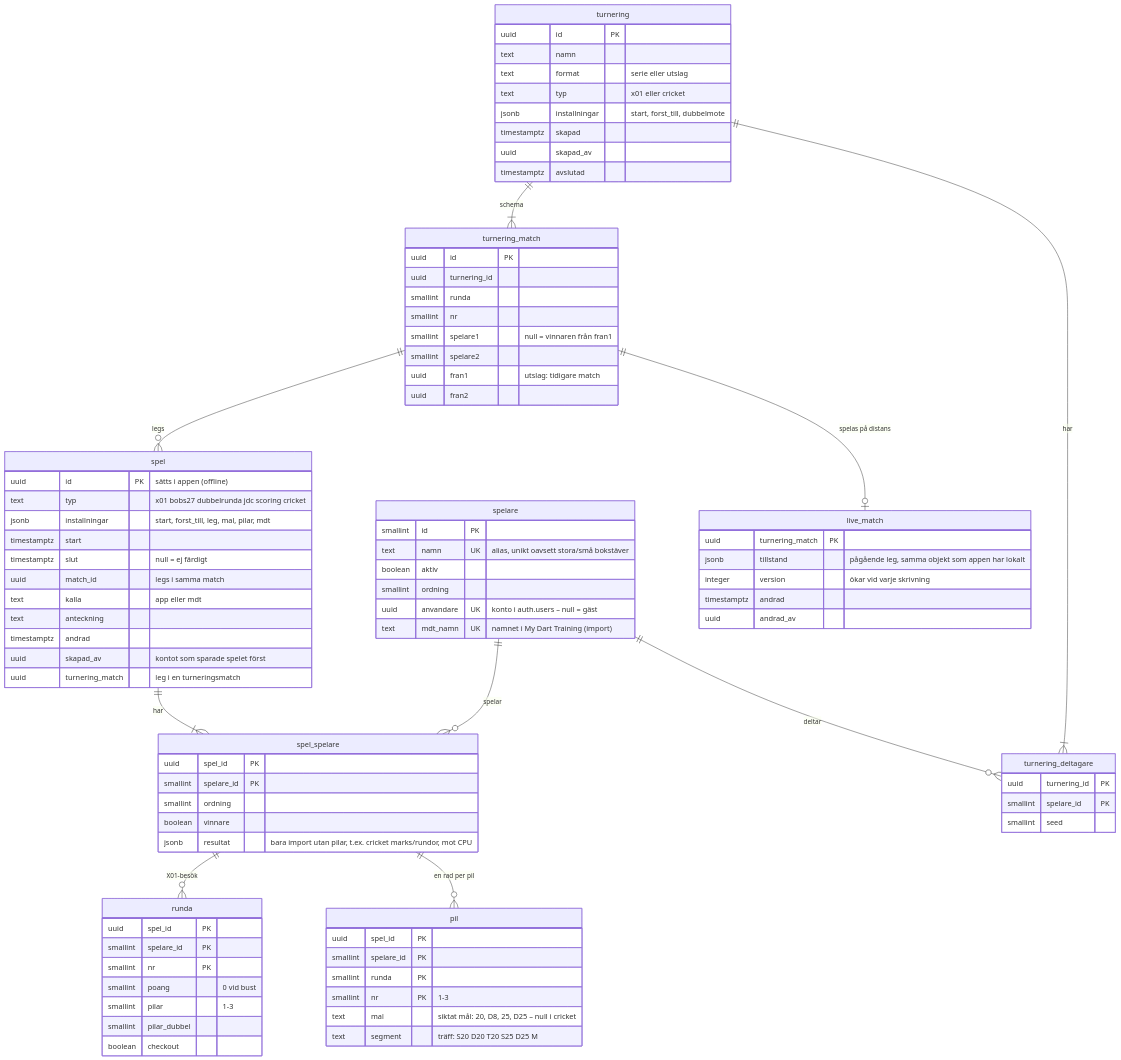
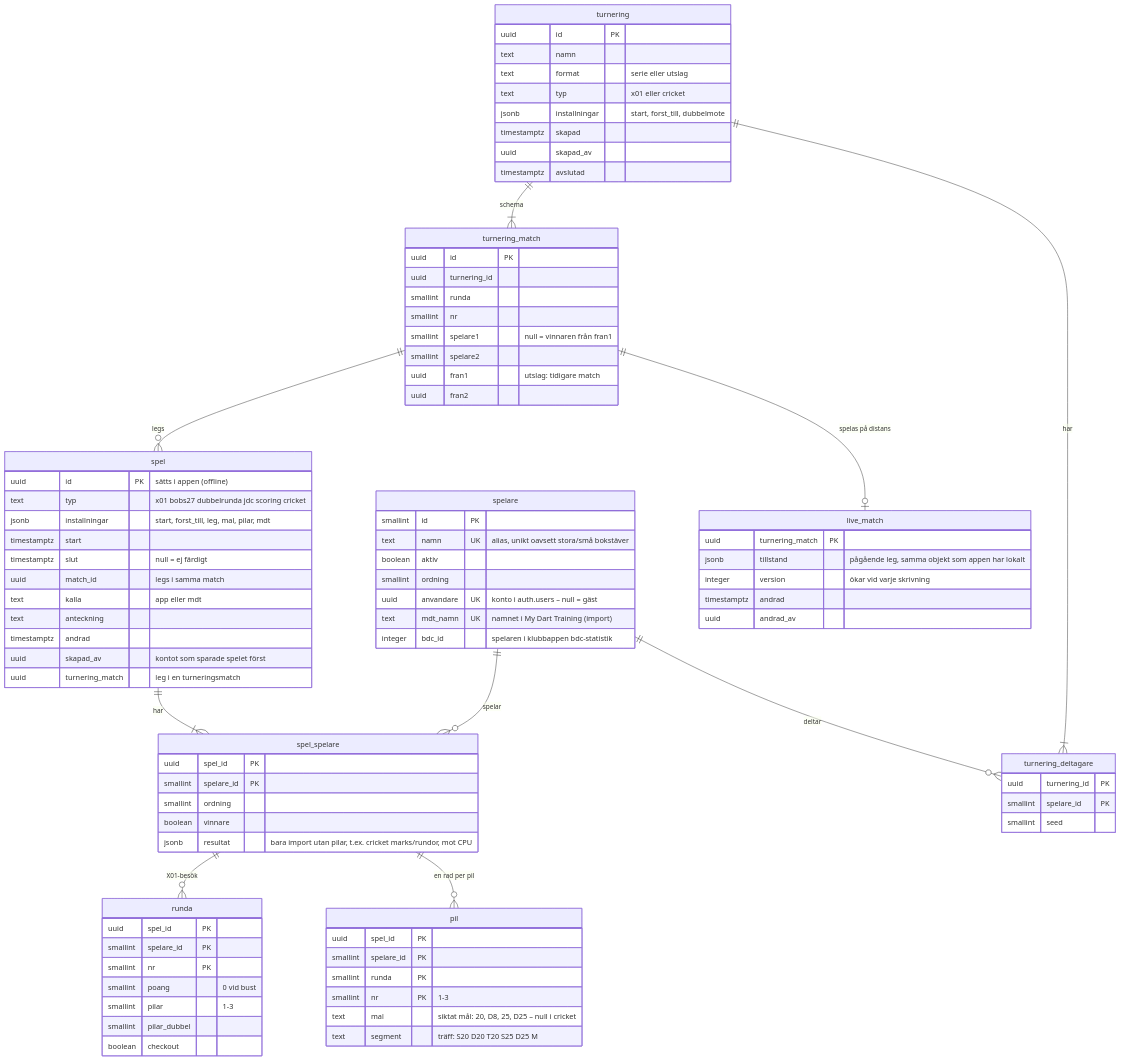
The diagram in docs/datamodell.md (Lunkster/darttranare), drawn with Mermaid before and after one commit. The commit also changed other lines of this file and 22 other files, not shown here.

````diff
--- a/docs/datamodell.md
+++ b/docs/datamodell.md
@@ -5,71 +5,72 @@
 ```mermaid
 erDiagram
   spelare ||--o{ spel_spelare : spelar
   spel ||--|{ spel_spelare : har
   spel_spelare ||--o{ runda : "X01-besök"
   spel_spelare ||--o{ pil : "en rad per pil"
   turnering ||--|{ turnering_deltagare : har
   turnering ||--|{ turnering_match : schema
   turnering_match ||--o{ spel : "legs"
   turnering_match ||--o| live_match : "spelas på distans"
   spelare ||--o{ turnering_deltagare : deltar
   spelare { smallint id PK
     text namn UK "alias, unikt oavsett stora/små bokstäver"
     boolean aktiv
     smallint ordning
     uuid anvandare UK "konto i auth.users – null = gäst"
-    text mdt_namn UK "namnet i My Dart Training (import)" }
+    text mdt_namn UK "namnet i My Dart Training (import)"
+    integer bdc_id "spelaren i klubbappen bdc-statistik" }
   spel { uuid id PK "sätts i appen (offline)"
     text typ "x01 bobs27 dubbelrunda jdc scoring cricket"
     jsonb installningar "start, forst_till, leg, mal, pilar, mdt"
     timestamptz start
     timestamptz slut "null = ej färdigt"
     uuid match_id "legs i samma match"
     text kalla "app eller mdt"
     text anteckning
     timestamptz andrad
     uuid skapad_av "kontot som sparade spelet först"
     uuid turnering_match "leg i en turneringsmatch" }
   turnering { uuid id PK
     text namn
     text format "serie eller utslag"
     text typ "x01 eller cricket"
     jsonb installningar "start, forst_till, dubbelmote"
     timestamptz skapad
     uuid skapad_av
     timestamptz avslutad }
   turnering_deltagare { uuid turnering_id PK
     smallint spelare_id PK
     smallint seed }
   turnering_match { uuid id PK
     uuid turnering_id
     smallint runda
     smallint nr
     smallint spelare1 "null = vinnaren från fran1"
     smallint spelare2
     uuid fran1 "utslag: tidigare match"
     uuid fran2 }
   live_match { uuid turnering_match PK
     jsonb tillstand "pågående leg, samma objekt som appen har lokalt"
     integer version "ökar vid varje skrivning"
     timestamptz andrad
     uuid andrad_av }
   spel_spelare { uuid spel_id PK
     smallint spelare_id PK
     smallint ordning
     boolean vinnare
     jsonb resultat "bara import utan pilar, t.ex. cricket marks/rundor, mot CPU" }
   runda { uuid spel_id PK
     smallint spelare_id PK
     smallint nr PK
     smallint poang "0 vid bust"
     smallint pilar "1-3"
     smallint pilar_dubbel
     boolean checkout }
   pil { uuid spel_id PK
     smallint spelare_id PK
     smallint runda PK
     smallint nr PK "1-3"
     text mal "siktat mål: 20, D8, 25, D25 – null i cricket"
     text segment "träff: S20 D20 T20 S25 D25 M" }
 ```
````
